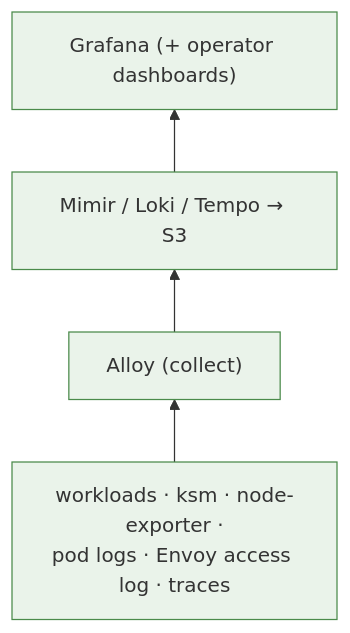
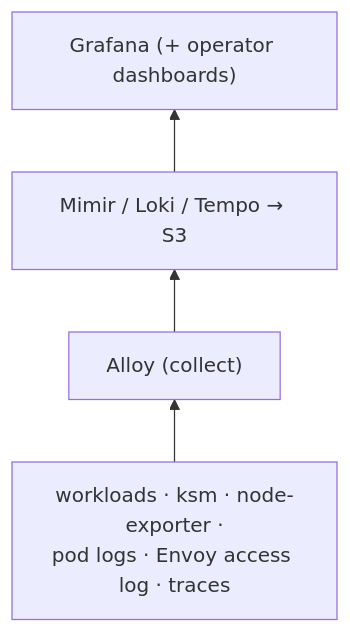
Before and after one commit to ADORSYS-GIS/ai-helm: the sixth of 7 diagrams in docs/architecture.md, drawn with Mermaid. The commit also changed other lines of this file and 13 other files, not shown here.

First line of the commit message:
docs(architecture): uncolor all mermaid; refresh CD/components; add diagrams

````diff
--- a/docs/architecture.md
+++ b/docs/architecture.md
@@ -137,9 +149,8 @@
 ```mermaid
 flowchart BT
-    SRC["workloads · ksm · node-exporter ·<br/>pod logs · Envoy access log · traces"]:::own
-    ALLOY["Alloy (collect)"]:::own
-    STORE["Mimir / Loki / Tempo → S3"]:::own
-    GRAF["Grafana (+ operator dashboards)"]:::own
+    SRC["workloads · ksm · node-exporter ·<br/>pod logs · Envoy access log · traces"]
+    ALLOY["Alloy (collect)"]
+    STORE["Mimir / Loki / Tempo → S3"]
+    GRAF["Grafana (+ operator dashboards)"]
     SRC --> ALLOY --> STORE --> GRAF
-    classDef own fill:#eaf3ea,stroke:#4a8a4a;
 ```
````
